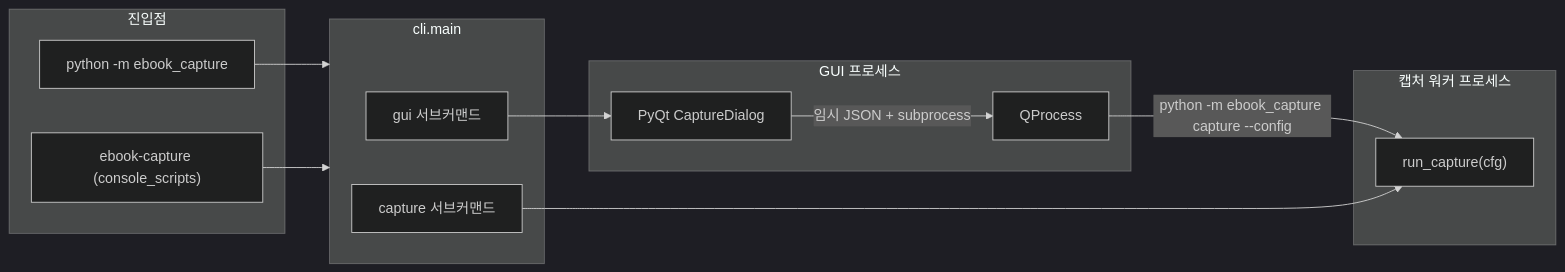
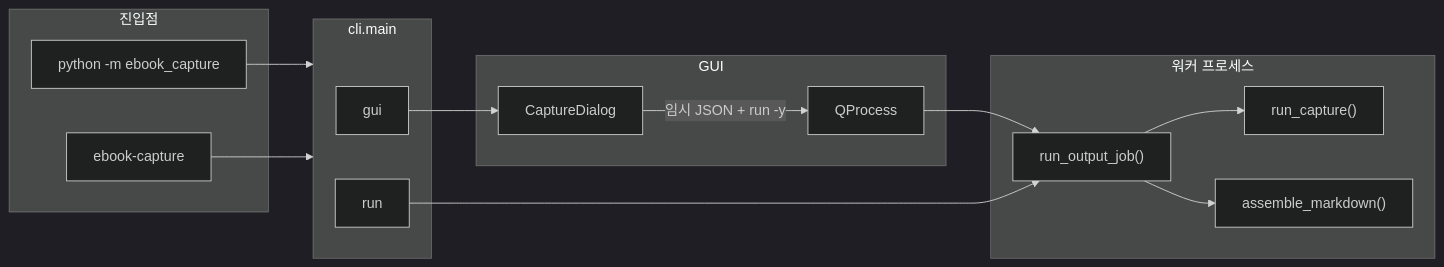
Before and after one commit to jangwonboo/ebook_capture: the first of 2 diagrams in FLOW.md, drawn with Mermaid (dark theme). The commit also changed other lines of this file and 14 other files, not shown here.

````diff
--- a/FLOW.md
+++ b/FLOW.md
@@ -9,24 +10,28 @@
 ```mermaid
 flowchart LR
   subgraph entry [진입점]
     M["python -m ebook_capture"]
-    E["ebook-capture (console_scripts)"]
+    E["ebook-capture"]
   end
   subgraph cli [cli.main]
-    G["gui 서브커맨드"]
-    C["capture 서브커맨드"]
+    G["gui"]
+    R["run"]
   end
-  subgraph gui_proc [GUI 프로세스]
-    Q["PyQt CaptureDialog"]
+  subgraph gui_proc [GUI]
+    Q["CaptureDialog"]
     P["QProcess"]
   end
-  subgraph worker [캡처 워커 프로세스]
-    RC["run_capture(cfg)"]
+  subgraph worker [워커 프로세스]
+    JR["run_output_job()"]
+    PL["run_capture()"]
+    AS["assemble_markdown()"]
   end
   M --> cli
   E --> cli
   G --> Q
-  Q -->|"임시 JSON + subprocess"| P
-  P -->|"python -m ebook_capture capture --config"| RC
-  C --> RC
+  Q -->|"임시 JSON + run -y"| P
+  P --> JR
+  R --> JR
+  JR --> PL
+  JR --> AS
 ```
````
